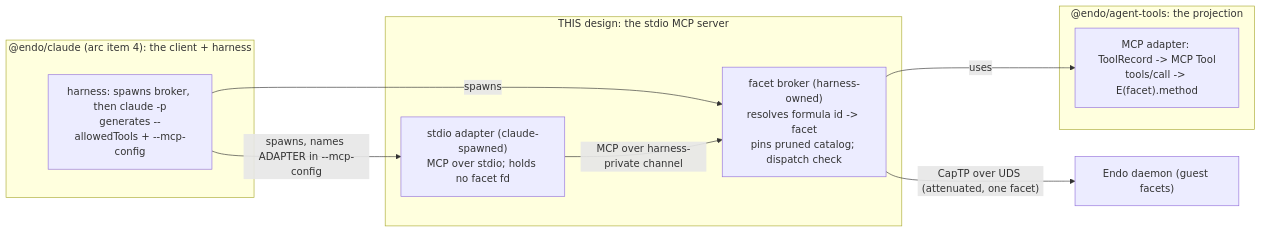
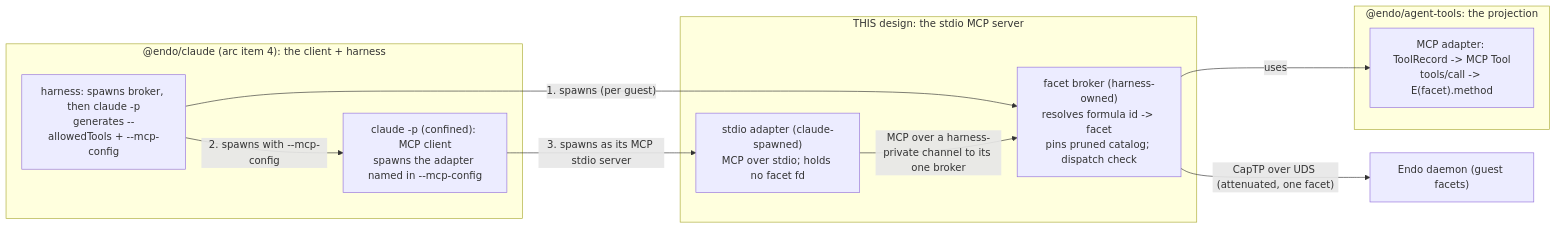
One commit to endojs/endo-but-for-bots changed the diagram in designs/endo-guest-stdio-mcp.md. Above: the diagram before and after it, drawn with Mermaid. The commit also changed other lines of this file and 1 other file, not shown here.

First line of the commit message:
docs(designs): apply panel-1 must-fix to endo-guest-stdio-mcp

````diff
--- a/designs/endo-guest-stdio-mcp.md
+++ b/designs/endo-guest-stdio-mcp.md
@@ -43,19 +43,21 @@
 ```mermaid
 flowchart LR
   subgraph claude["@endo/claude (arc item 4): the client + harness"]
     HARNESS["harness: spawns broker, then claude -p<br/>generates --allowedTools + --mcp-config"]
+    CLAUDE["claude -p (confined): MCP client<br/>spawns the adapter named in --mcp-config"]
   end
   subgraph thisdoc["THIS design: the stdio MCP server"]
     ADAPTER["stdio adapter (claude-spawned)<br/>MCP over stdio; holds no facet fd"]
     BROKER["facet broker (harness-owned)<br/>resolves formula id -> facet<br/>pins pruned catalog; dispatch check"]
   end
   subgraph proj["@endo/agent-tools: the projection"]
     ADP["MCP adapter: ToolRecord -> MCP Tool<br/>tools/call -> E(facet).method"]
   end
   DAEMON["Endo daemon (guest facets)"]
-  HARNESS -->|spawns| BROKER
-  HARNESS -->|spawns, names ADAPTER in --mcp-config| ADAPTER
-  ADAPTER -->|MCP over harness-private channel| BROKER
+  HARNESS -->|"1. spawns (per guest)"| BROKER
+  HARNESS -->|"2. spawns with --mcp-config"| CLAUDE
+  CLAUDE -->|"3. spawns as its MCP stdio server"| ADAPTER
+  ADAPTER -->|"MCP over a harness-private channel to its one broker"| BROKER
   BROKER -->|uses| ADP
   BROKER -->|"CapTP over UDS (attenuated, one facet)"| DAEMON
 ```
````
